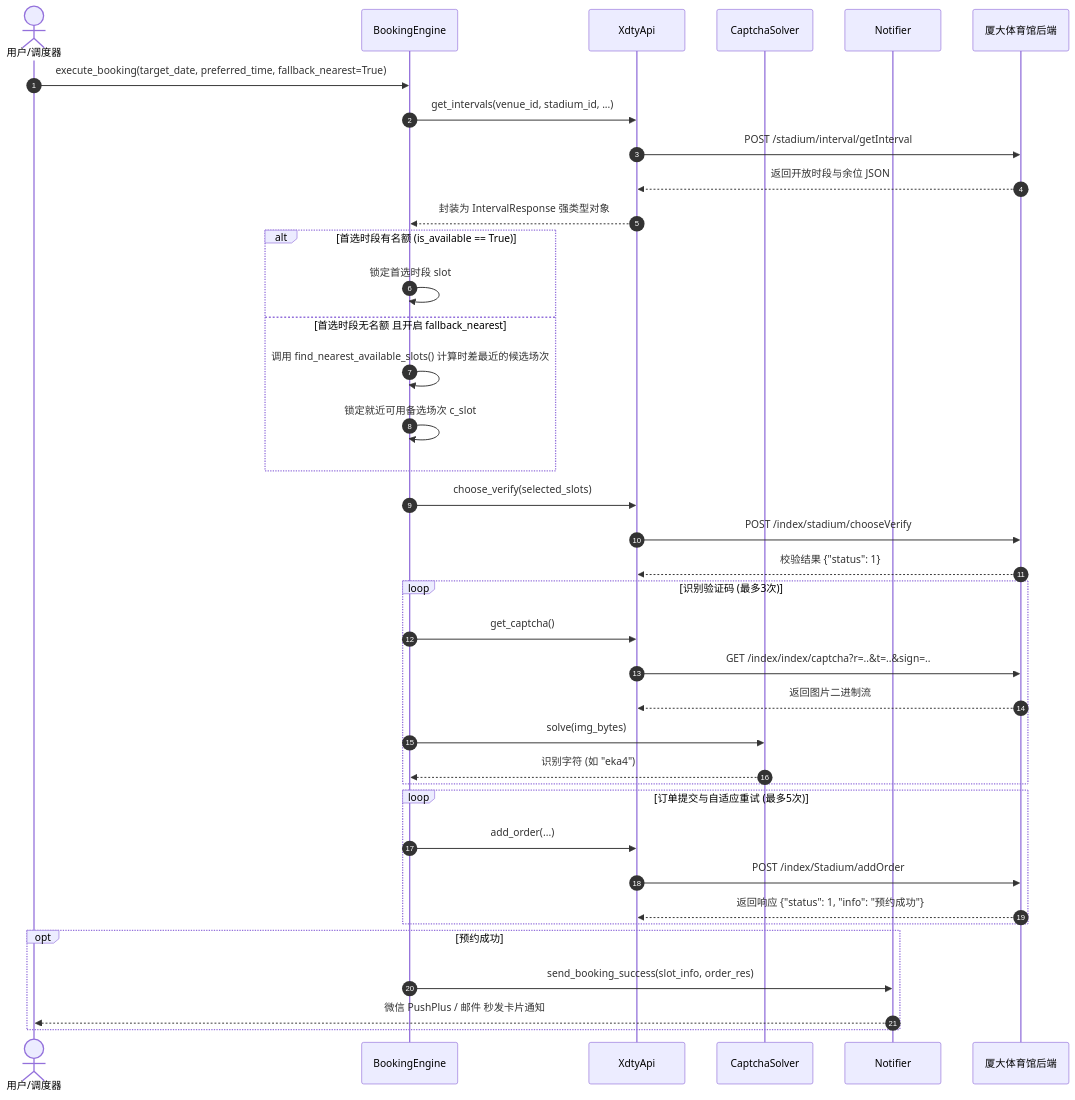
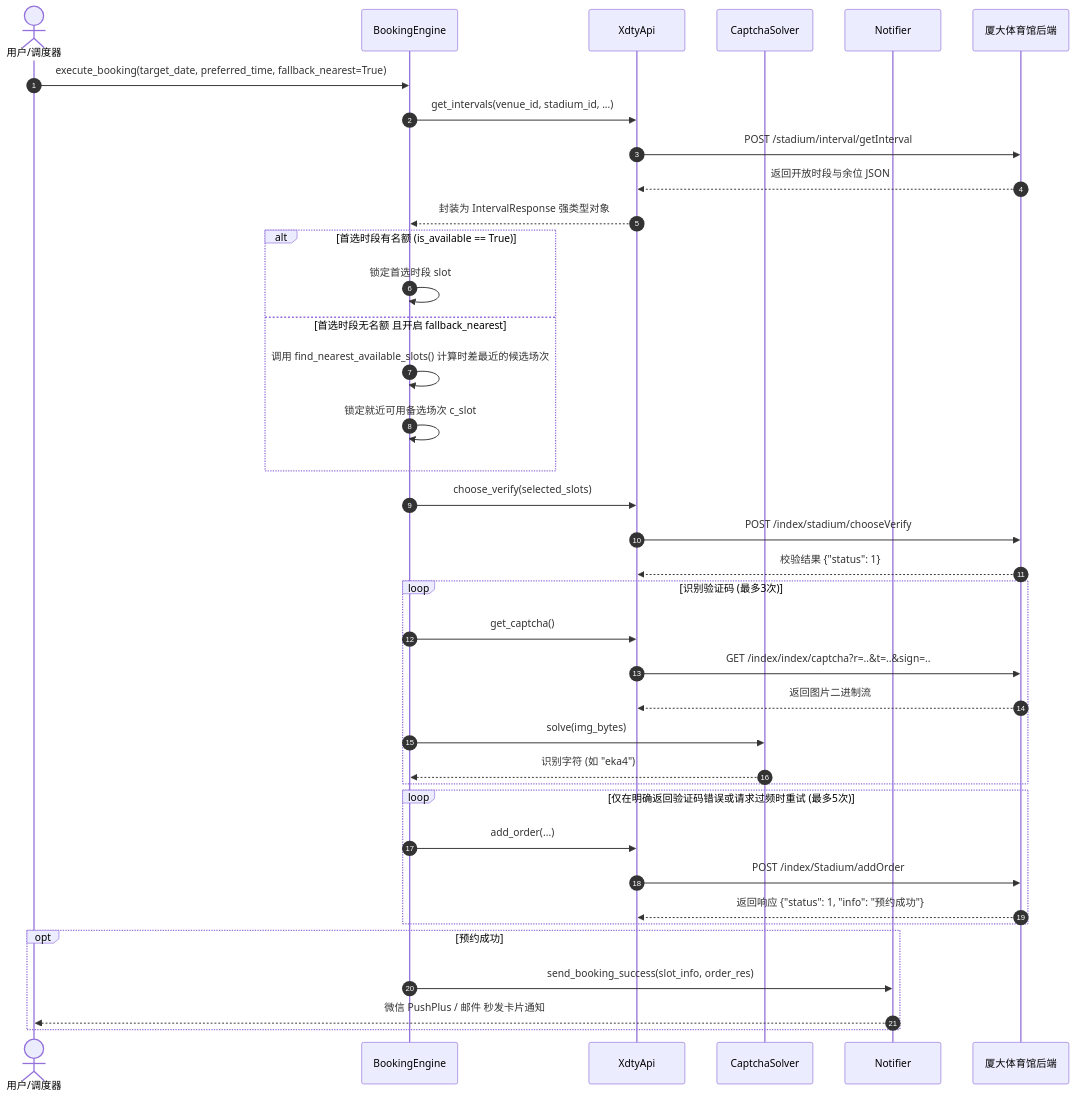
The first of 2 diagrams in docs/系统执行全流程技术文档.md (duduking19/XMU-Gym-reservation-script), drawn with Mermaid before and after one commit. The commit also changed other lines of this file and 29 other files, not shown here.

Commit message:
fix: harden booking flow and local web security

````diff
--- a/docs/系统执行全流程技术文档.md
+++ b/docs/系统执行全流程技术文档.md
@@ -105,46 +105,46 @@
 ```mermaid
 sequenceDiagram
     autonumber
     actor User as 用户/调度器
     participant Engine as BookingEngine
     participant Api as XdtyApi
     participant Solver as CaptchaSolver
     participant Notifier as Notifier
     participant Server as 厦大体育馆后端
 
     User->>Engine: execute_booking(target_date, preferred_time, fallback_nearest=True)
     Engine->>Api: get_intervals(venue_id, stadium_id, ...)
     Api->>Server: POST /stadium/interval/getInterval
     Server-->>Api: 返回开放时段与余位 JSON
     Api-->>Engine: 封装为 IntervalResponse 强类型对象
     
     alt 首选时段有名额 (is_available == True)
         Engine->>Engine: 锁定首选时段 slot
     else 首选时段无名额 且开启 fallback_nearest
         Engine->>Engine: 调用 find_nearest_available_slots() 计算时差最近的候选场次
         Engine->>Engine: 锁定就近可用备选场次 c_slot
     end
 
     Engine->>Api: choose_verify(selected_slots)
     Api->>Server: POST /index/stadium/chooseVerify
     Server-->>Api: 校验结果 {"status": 1}
     
     loop 识别验证码 (最多3次)
         Engine->>Api: get_captcha()
         Api->>Server: GET /index/index/captcha?r=..&t=..&sign=..
         Server-->>Api: 返回图片二进制流
         Engine->>Solver: solve(img_bytes)
         Solver-->>Engine: 识别字符 (如 "eka4")
     end
 
-    loop 订单提交与自适应重试 (最多5次)
+    loop 仅在明确返回验证码错误或请求过频时重试 (最多5次)
         Engine->>Api: add_order(...)
         Api->>Server: POST /index/Stadium/addOrder
         Server-->>Api: 返回响应 {"status": 1, "info": "预约成功"}
     end
 
     opt 预约成功
         Engine->>Notifier: send_booking_success(slot_info, order_res)
         Notifier-->>User: 微信 PushPlus / 邮件 秒发卡片通知
     end
 ```
````
